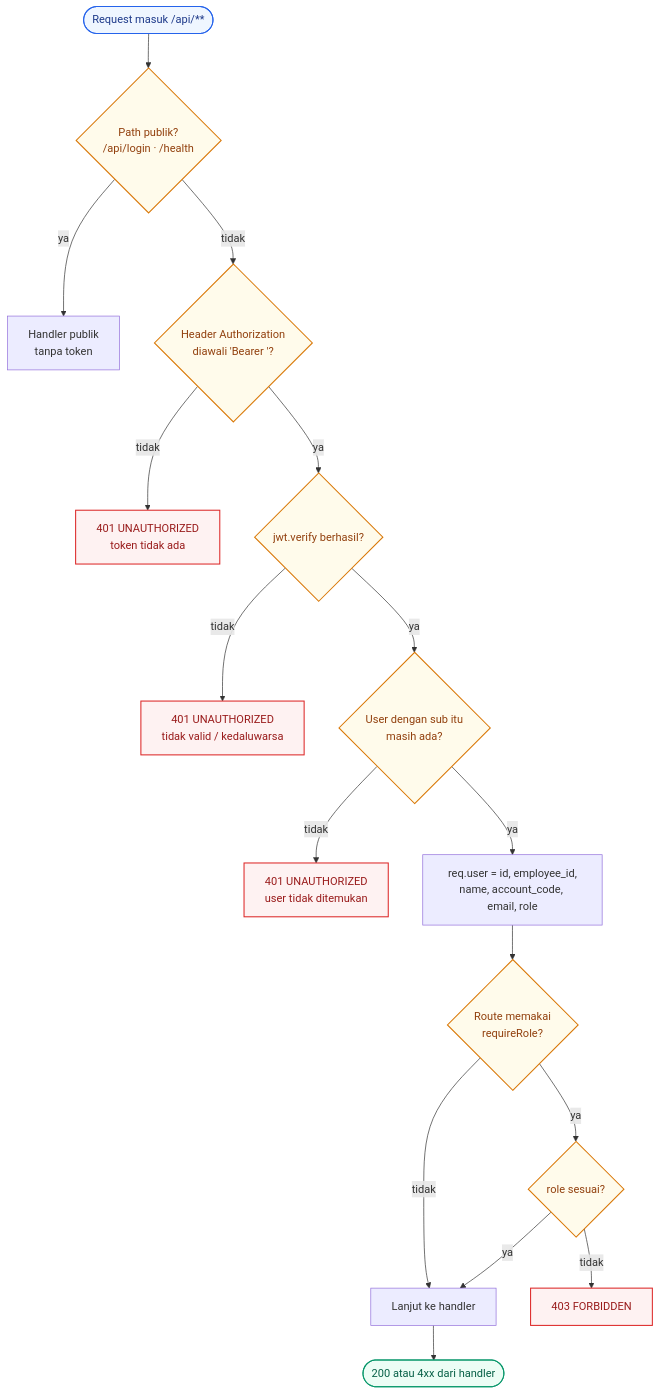
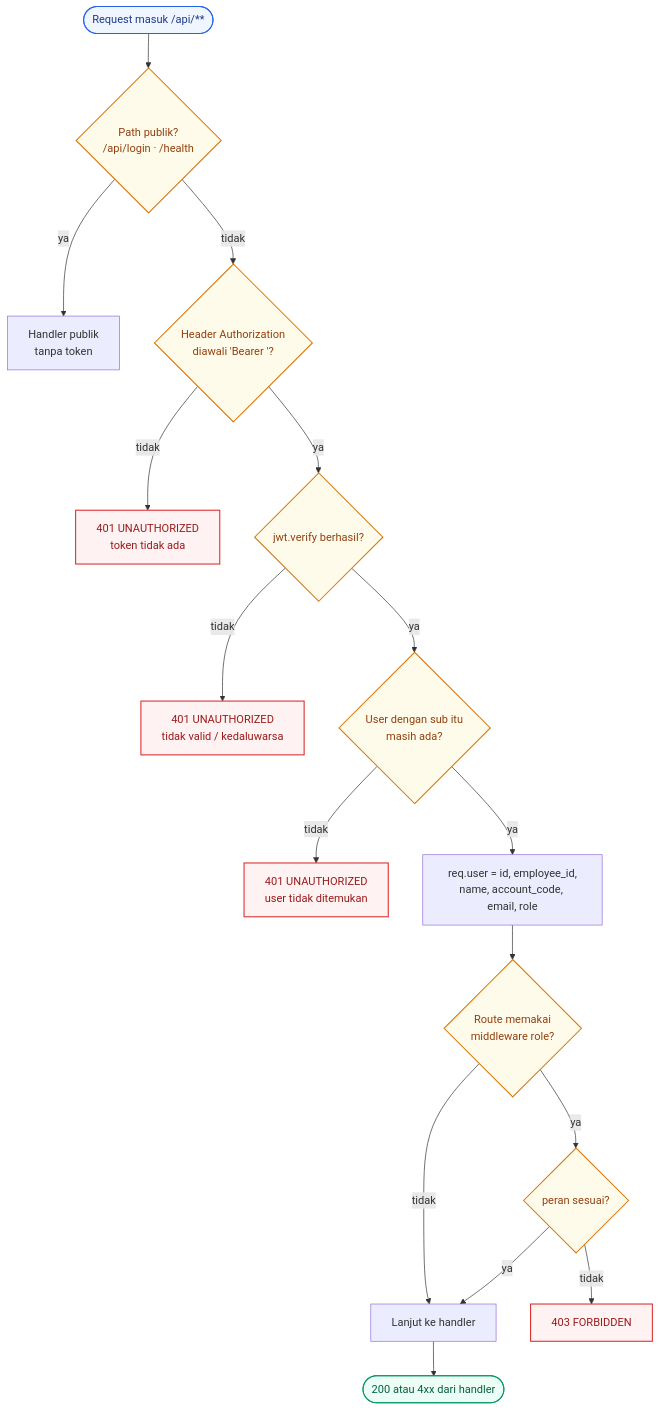
One commit to faizmarwan2/Project1 changed the second of 11 diagrams in docs/project-a/05-Flowchart.md. Above: the diagram before and after it, drawn with Mermaid. The commit also changed other lines of this file and 20 other files, not shown here.

````diff
--- a/docs/project-a/05-Flowchart.md
+++ b/docs/project-a/05-Flowchart.md
@@ -46,23 +46,23 @@
 ```mermaid
 flowchart TD
     REQ(["Request masuk /api/**"]):::start --> PUB{"Path publik?<br/>/api/login · /health"}:::gate
     PUB -- "ya" --> OPEN["Handler publik<br/>tanpa token"]
     PUB -- "tidak" --> H{"Header Authorization<br/>diawali 'Bearer '?"}:::gate
     H -- "tidak" --> E1["401 UNAUTHORIZED<br/>token tidak ada"]:::err
     H -- "ya" --> V{"jwt.verify berhasil?"}:::gate
     V -- "tidak" --> E2["401 UNAUTHORIZED<br/>tidak valid / kedaluwarsa"]:::err
     V -- "ya" --> U{"User dengan sub itu<br/>masih ada?"}:::gate
     U -- "tidak" --> E3["401 UNAUTHORIZED<br/>user tidak ditemukan"]:::err
     U -- "ya" --> SET["req.user = id, employee_id,<br/>name, account_code, email, role"]
-    SET --> R{"Route memakai<br/>requireRole?"}:::gate
+    SET --> R{"Route memakai<br/>middleware role?"}:::gate
     R -- "tidak" --> NEXT["Lanjut ke handler"]
-    R -- "ya" --> RC{"role sesuai?"}:::gate
+    R -- "ya" --> RC{"peran sesuai?"}:::gate
     RC -- "tidak" --> E4["403 FORBIDDEN"]:::err
     RC -- "ya" --> NEXT
     NEXT --> RES(["200 atau 4xx dari handler"]):::ok
 
     classDef start fill:#eff6ff,stroke:#2563eb,color:#1e3a8a,stroke-width:1.5px;
     classDef gate fill:#fffbeb,stroke:#d97706,color:#92400e,stroke-width:1.5px;
     classDef err fill:#fef2f2,stroke:#dc2626,color:#991b1b,stroke-width:1.5px;
     classDef ok fill:#ecfdf5,stroke:#059669,color:#065f46,stroke-width:1.5px;
 ```
````
